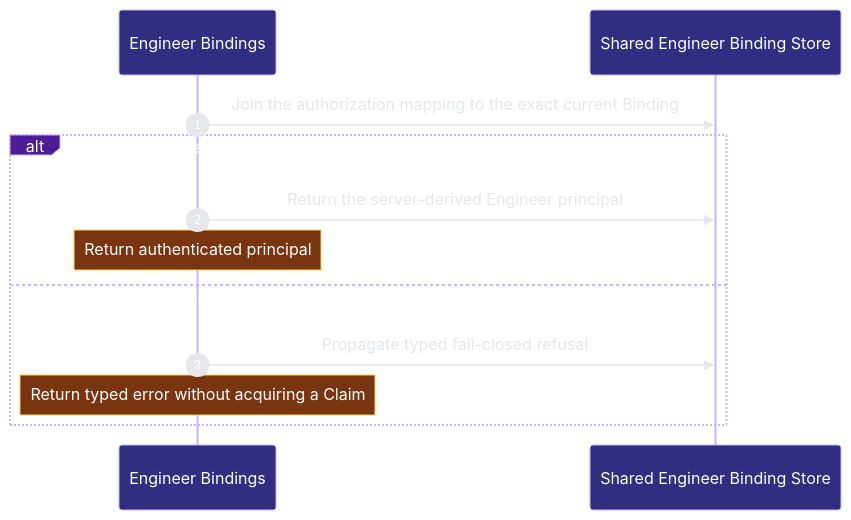
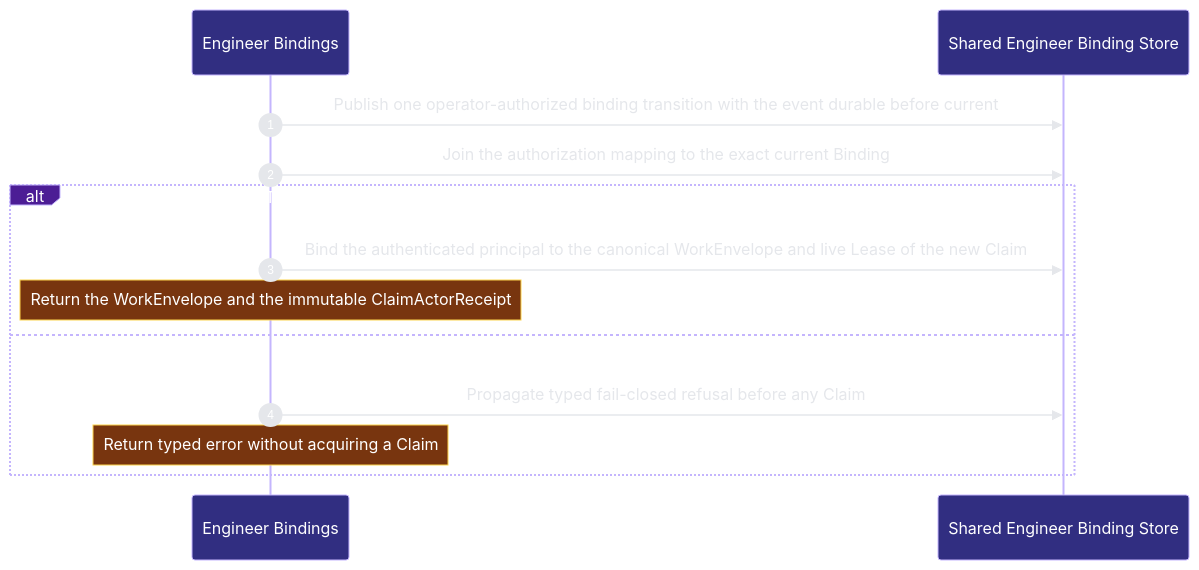
Before and after one commit to Ancienttwo/repo-harness: the second of 2 diagrams in docs/architecture/modules/runtime-harness/engineer-bindings.md, drawn with Mermaid. The commit also changed other lines of this file and 20 other files, not shown here.

First line of the commit message:
docs(architecture): deepen engineer and collaboration model and P3

````diff
--- a/docs/architecture/modules/runtime-harness/engineer-bindings.md
+++ b/docs/architecture/modules/runtime-harness/engineer-bindings.md
@@ -68,15 +69,16 @@
 ```mermaid
 %%{init: {"theme":"base","themeVariables":{"background":"#0d1117","actorBkg":"#312e81","actorBorder":"#c4b5fd","actorTextColor":"#ffffff","signalColor":"#e5e7eb","signalTextColor":"#e5e7eb","labelBoxBkgColor":"#4c1d95","labelBoxBorderColor":"#c4b5fd","labelTextColor":"#ffffff","noteBkgColor":"#78350f","noteBorderColor":"#fcd34d","noteTextColor":"#ffffff","sequenceNumberColor":"#ffffff"}}}%%
 sequenceDiagram
   autonumber
   participant p2_engineer_authority_fd9ce331 as Engineer Bindings
   participant p2_binding_store_8e904230 as Shared Engineer Binding Store
+  p2_engineer_authority_fd9ce331->>p2_binding_store_8e904230: Publish one operator-authorized binding transition with the event durable before current
   p2_engineer_authority_fd9ce331->>p2_binding_store_8e904230: Join the authorization mapping to the exact current Binding
-  alt The mapping and current Binding match every exact fence
-  p2_engineer_authority_fd9ce331->>p2_binding_store_8e904230: Return the server-derived Engineer principal
-    Note over p2_engineer_authority_fd9ce331: Return authenticated principal
+  alt The principal matches every exact fence and its Claim gets a ClaimActorReceipt
+  p2_engineer_authority_fd9ce331->>p2_binding_store_8e904230: Bind the authenticated principal to the canonical WorkEnvelope and live Lease of the new Claim
+    Note over p2_engineer_authority_fd9ce331: Return the WorkEnvelope and the immutable ClaimActorReceipt
   else Mapping， Profile， Binding， or exact fence validation fails
-  p2_engineer_authority_fd9ce331->>p2_binding_store_8e904230: Propagate typed fail-closed refusal
+  p2_engineer_authority_fd9ce331->>p2_binding_store_8e904230: Propagate typed fail-closed refusal before any Claim
     Note over p2_engineer_authority_fd9ce331: Return typed error without acquiring a Claim
   end
 ```
````
